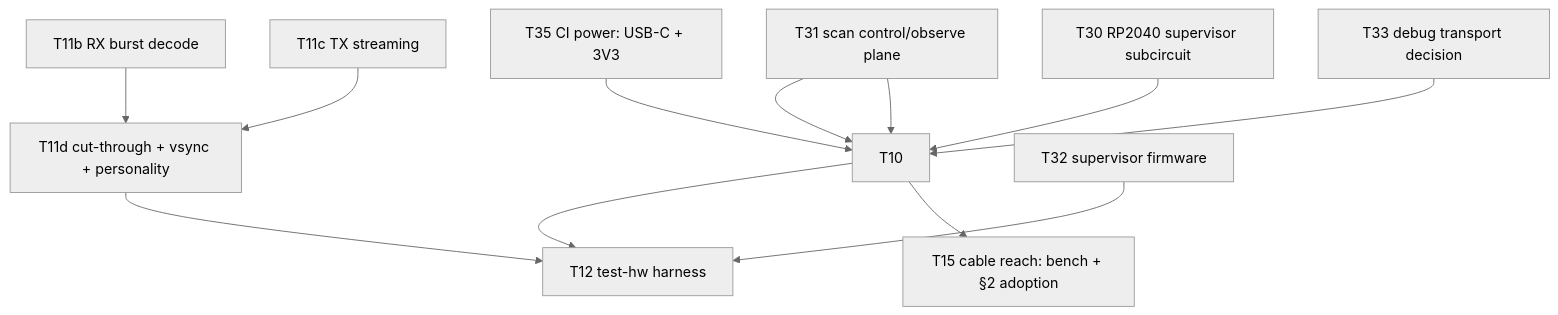
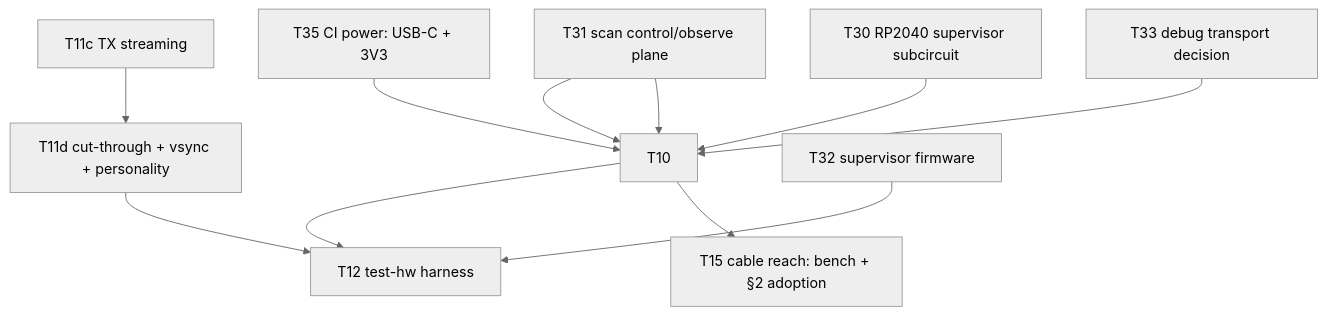
The diagram in KANBAN.md (kristofferkoch/oparroy), drawn with Mermaid (neutral theme) before and after one commit. The commit also changed other lines of this file and 3 other files, not shown here.

First line of the commit message:
docs: datasheet notes for the RX capture path; the RX burst-decode card ships

````diff
--- a/KANBAN.md
+++ b/KANBAN.md
@@ -34,14 +34,13 @@
 ```mermaid
 graph TD
     T31[T31 scan control/observe plane] --> T10
     T35[T35 CI power: USB-C + 3V3] --> T10
     T30[T30 RP2040 supervisor subcircuit] --> T10
     T31 --> T10
     T33[T33 debug transport decision] --> T10
     T10 --> T12[T12 test-hw harness]
     T10 --> T15[T15 cable reach: bench + §2 adoption]
-    T11b[T11b RX burst decode] --> T11d
     T11c[T11c TX streaming] --> T11d
     T11d[T11d cut-through + vsync + personality] --> T12
     T32[T32 supervisor firmware] --> T12
 ```
````
